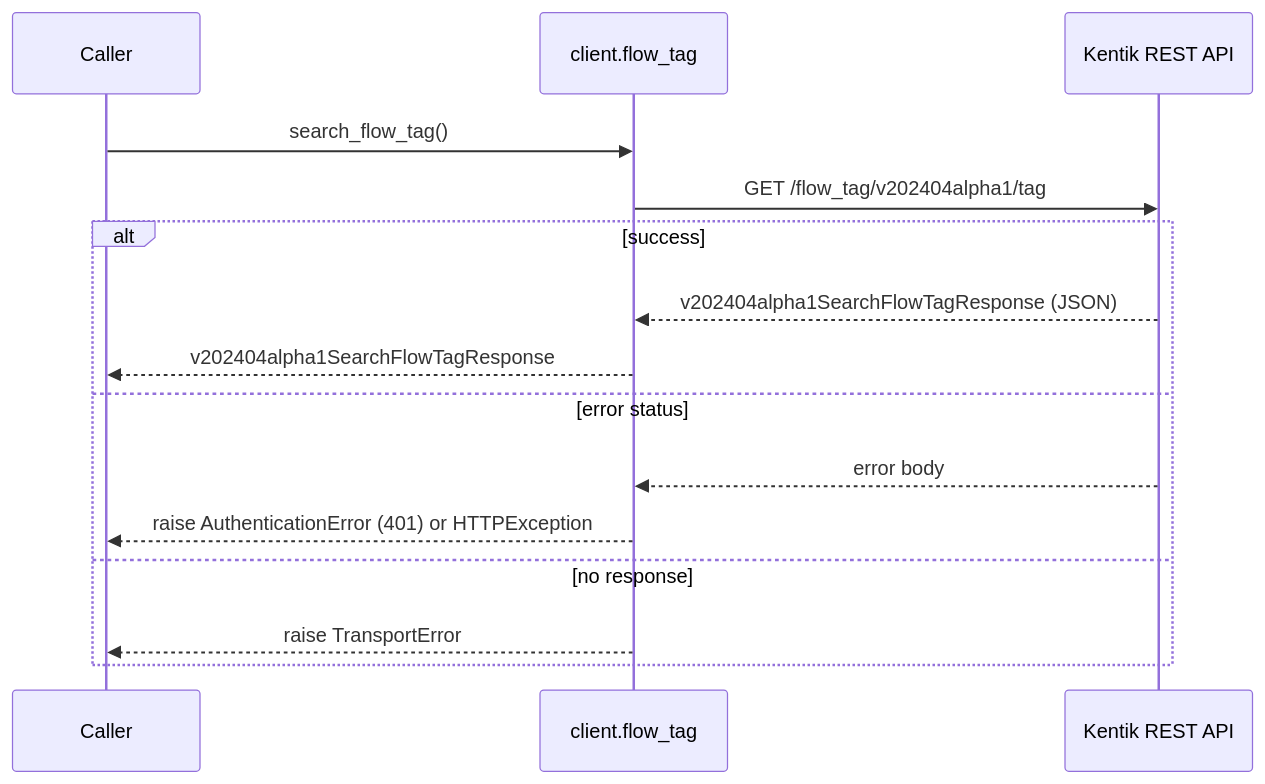
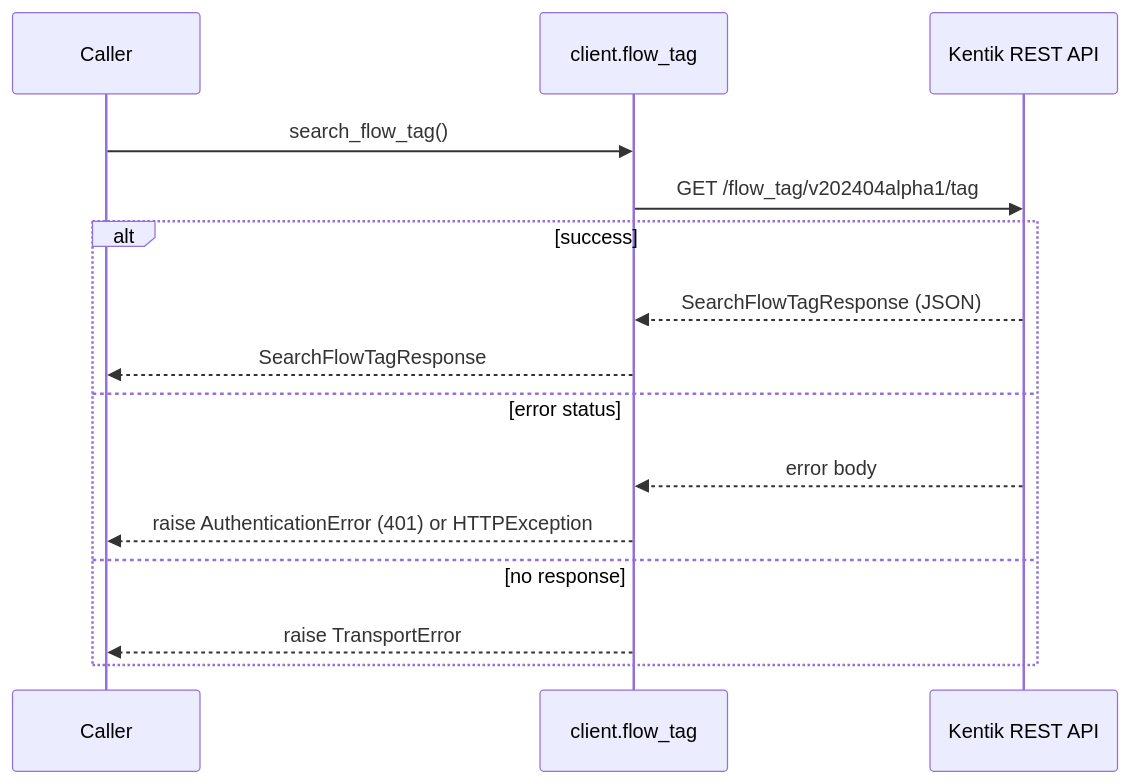
The second of 12 diagrams in docs/sphinx/services/flow_tag.md (alexdearaujo/community_sdk_python), drawn with Mermaid before and after one commit. The commit also changed other lines of this file and 38 other files, not shown here.

````diff
--- a/docs/sphinx/services/flow_tag.md
+++ b/docs/sphinx/services/flow_tag.md
@@ -38,18 +38,18 @@
 ```mermaid
 sequenceDiagram
     participant C as Caller
     participant W as client.flow_tag
     participant API as Kentik REST API
 
     C->>W: search_flow_tag()
     W->>API: GET /flow_tag/v202404alpha1/tag
     alt success
-        API-->>W: v202404alpha1SearchFlowTagResponse (JSON)
-        W-->>C: v202404alpha1SearchFlowTagResponse
+        API-->>W: SearchFlowTagResponse (JSON)
+        W-->>C: SearchFlowTagResponse
     else error status
         API-->>W: error body
         W-->>C: raise AuthenticationError (401) or HTTPException
     else no response
         W-->>C: raise TransportError
     end
 ```
````
